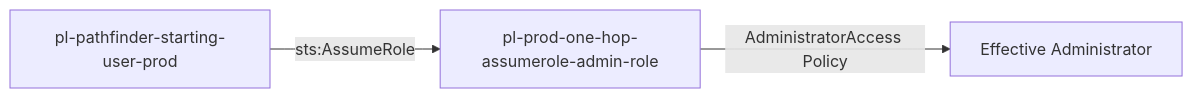
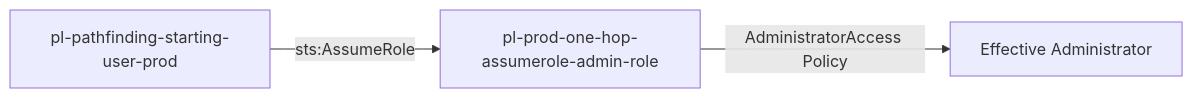
The diagram in modules/scenarios/single-account/privesc-one-hop/to-admin/sts-assumerole/README.md (DataDog/pathfinding-labs), drawn with Mermaid before and after one commit. The commit also changed other lines of this file and 67 other files, not shown here.

First line of the commit message:
Rename project from pathfinder-labs to pathfinding-labs

````diff
--- a/modules/scenarios/single-account/privesc-one-hop/to-admin/sts-assumerole/README.md
+++ b/modules/scenarios/single-account/privesc-one-hop/to-admin/sts-assumerole/README.md
@@ -24,5 +24,5 @@
 ```mermaid
 graph LR
-    A[pl-pathfinder-starting-user-prod] -->|sts:AssumeRole| B[pl-prod-one-hop-assumerole-admin-role]
+    A[pl-pathfinding-starting-user-prod] -->|sts:AssumeRole| B[pl-prod-one-hop-assumerole-admin-role]
     B -->|AdministratorAccess Policy| C[Effective Administrator]
 ```
````
